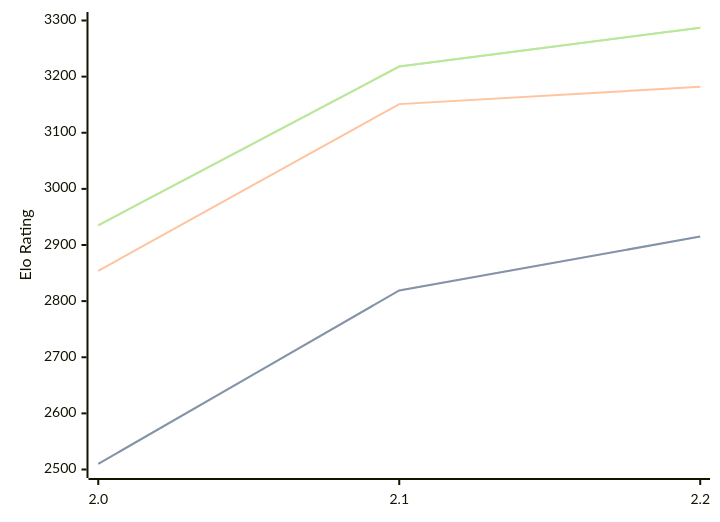
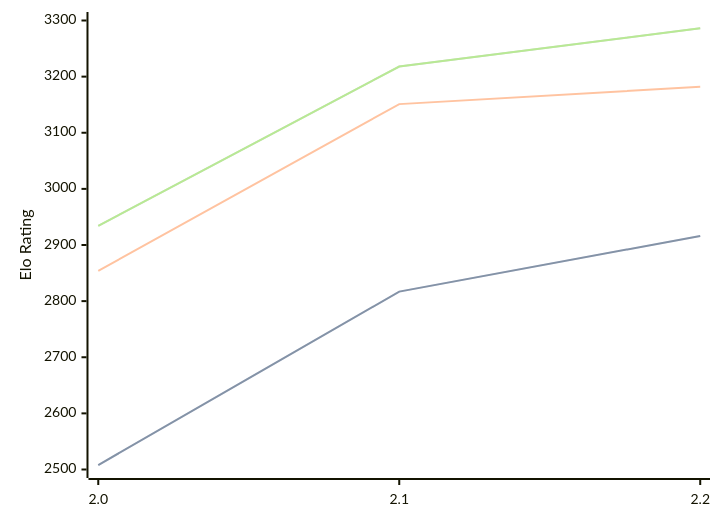
Before and after one commit to computer-chess-index/cci: the diagram in engines/Tunguska.md, drawn with Mermaid. The commit also changed other lines of this file, not shown here.

Commit message:
Update CCI Ratings (ELO VLTC) - 2026-10-01

````diff
--- a/engines/Tunguska.md
+++ b/engines/Tunguska.md
@@ -33,11 +33,11 @@
 ```mermaid
 %%{init: {"theme":"base","themeVariables":{"seriesColors:['#a3a3a3','#222221','#faa371']}}}%%
 xychart-beta
   x-axis ["2.0", "2.1", "2.2"]
   y-axis "Elo Rating" 2500 --> 3300
-  line "" [2510, 2819, 2915]
-  line "STC (8.0+0.08s)" [2510, 2819, 2915]
+  line "" [2508, 2817, 2916]
+  line "STC (8.0+0.08s)" [2508, 2817, 2916]
   line "LTC (60.0+0.60s)" [2854, 3151, 3182]
-  line "" [2935, 3218, 3287]
-  line "VLTC (2m24s+1.12s)" [2935, 3218, 3287]
+  line "" [2934, 3218, 3286]
+  line "VLTC (2m24s+1.12s)" [2934, 3218, 3286]
 ```
````
